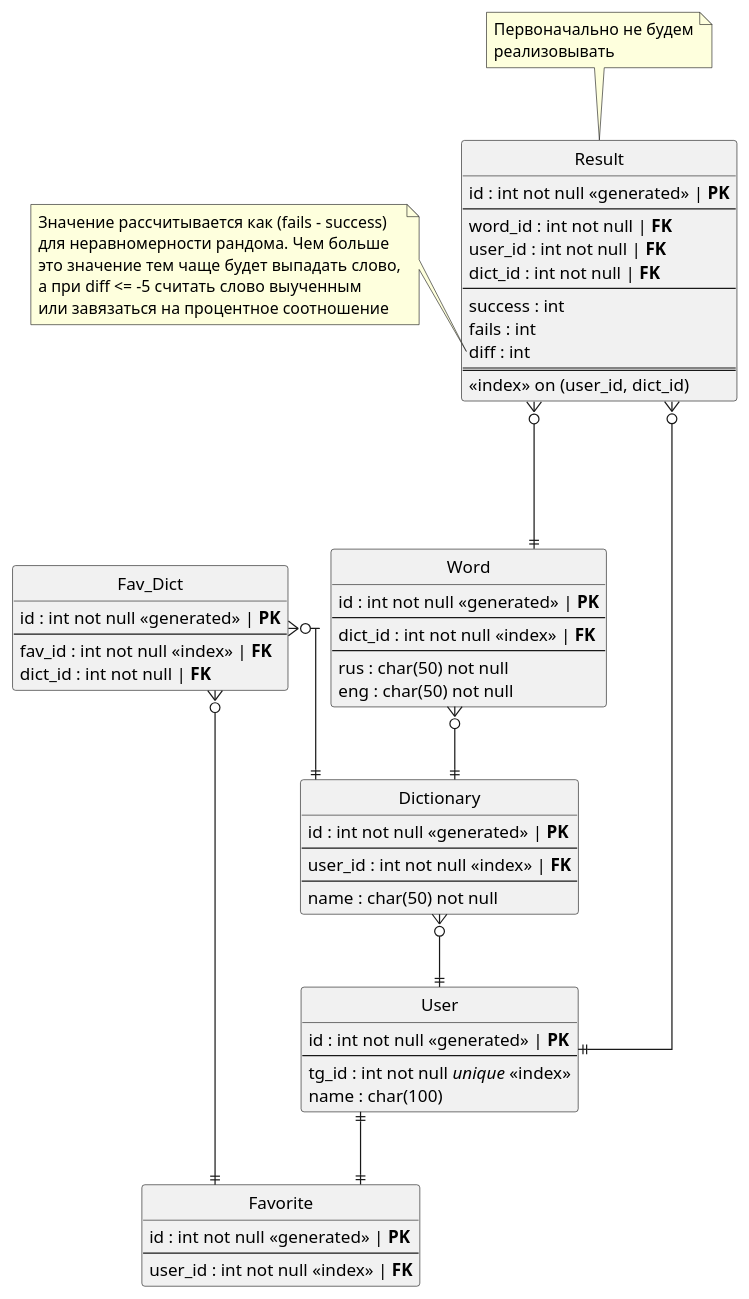
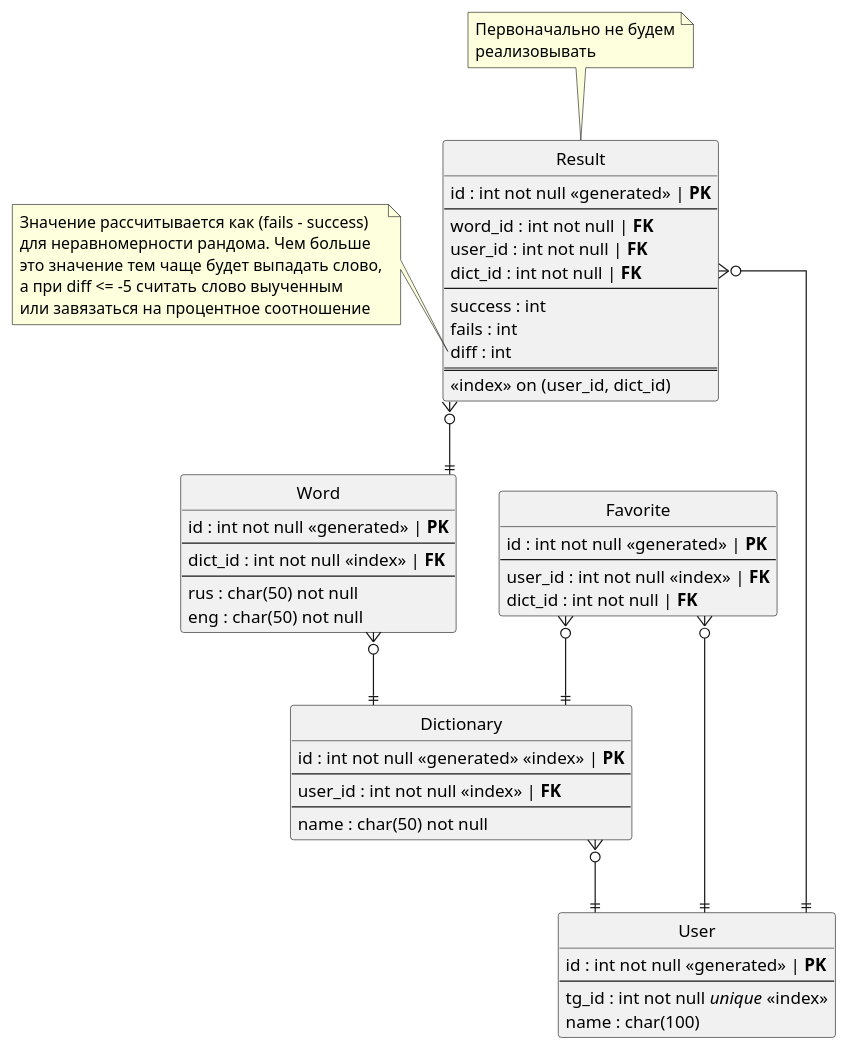
One commit to KotlinDeveloperSchool/TelegramBot changed the diagram in EntitiesBD.puml. Above: the diagram before and after it, drawn with PlantUML. The commit also changed 1 other file, not shown here.

Commit message:
Update entity diagram

```diff
--- a/EntitiesBD.puml
+++ b/EntitiesBD.puml
@@ -1,77 +1,67 @@
 @startuml
 'https://plantuml.com/class-diagram
 hide circle
 skinparam linetype ortho
 
 entity "Word" as W {
   id : int not null <<generated>> | **PK**
   --
   dict_id : int not null <<index>> | **FK**
   --
   rus : char(50) not null
   eng : char(50) not null
 }
 
 entity "Dictionary" as D {
-  id : int not null <<generated>> | **PK**
+  id : int not null <<generated>> <<index>> | **PK**
   --
   user_id : int not null <<index>> | **FK**
   --
   name : char(50) not null
 }
 W }o--|| D
 
 entity "User" as U {
   id : int not null <<generated>> | **PK**
   --
   tg_id : int not null //unique// <<index>>
   name : char(100)
 }
 D }o--|| U
 
 entity "Favorite" as F {
   id : int not null <<generated>> | **PK**
   --
   user_id : int not null <<index>> | **FK**
-}
-
-U ||--|| F
-
-entity "Fav_Dict" as FD {
-  id : int not null <<generated>> | **PK**
-  --
-  fav_id : int not null <<index>> | **FK**
   dict_id : int not null | **FK**
 }
-
-FD }o--|| F
-FD }o--|| D
+F }o--|| U
+F }o--|| D
 
 entity "Result" as R {
   id : int not null <<generated>> | **PK**
   --
   word_id : int not null | **FK**
   user_id : int not null | **FK**
   dict_id : int not null | **FK**
   --
   success : int
   fails : int
   diff : int
   ==
   <<index>> on (user_id, dict_id)
 }
 
 note top of R: Первоначально не будем\nреализовывать
 
 note left of R::diff
   Значение рассчитывается как (fails - success)
   для неравномерности рандома. Чем больше
   это значение тем чаще будет выпадать слово,
   а при diff <= -5 считать слово выученным
   или завязаться на процентное соотношение
 end note
-
 R }o--|| U
-R }o---|| W
+R }o--|| W
 
 @enduml
```
